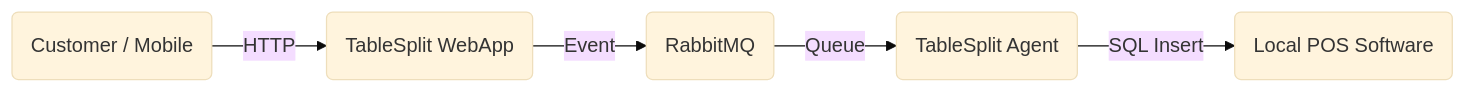
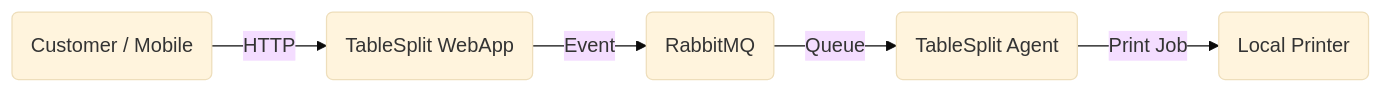
The diagram in README.md (thiagotioliveira/table-split), drawn with Mermaid (base theme) before and after one commit. The commit also changed other lines of this file and 14 other files, not shown here.

Commit message:
add agent printer

````diff
--- a/README.md
+++ b/README.md
@@ -16,7 +16,7 @@
 ```mermaid
 graph LR
     User(Customer / Mobile) -- HTTP --> WebApp(TableSplit WebApp)
     WebApp -- Event --> Broker(RabbitMQ)
     Broker -- Queue --> Agent(TableSplit Agent)
-    Agent -- SQL Insert --> POS(Local POS Software)
+    Agent -- Print Job --> Printer(Local Printer)
 ```
````
